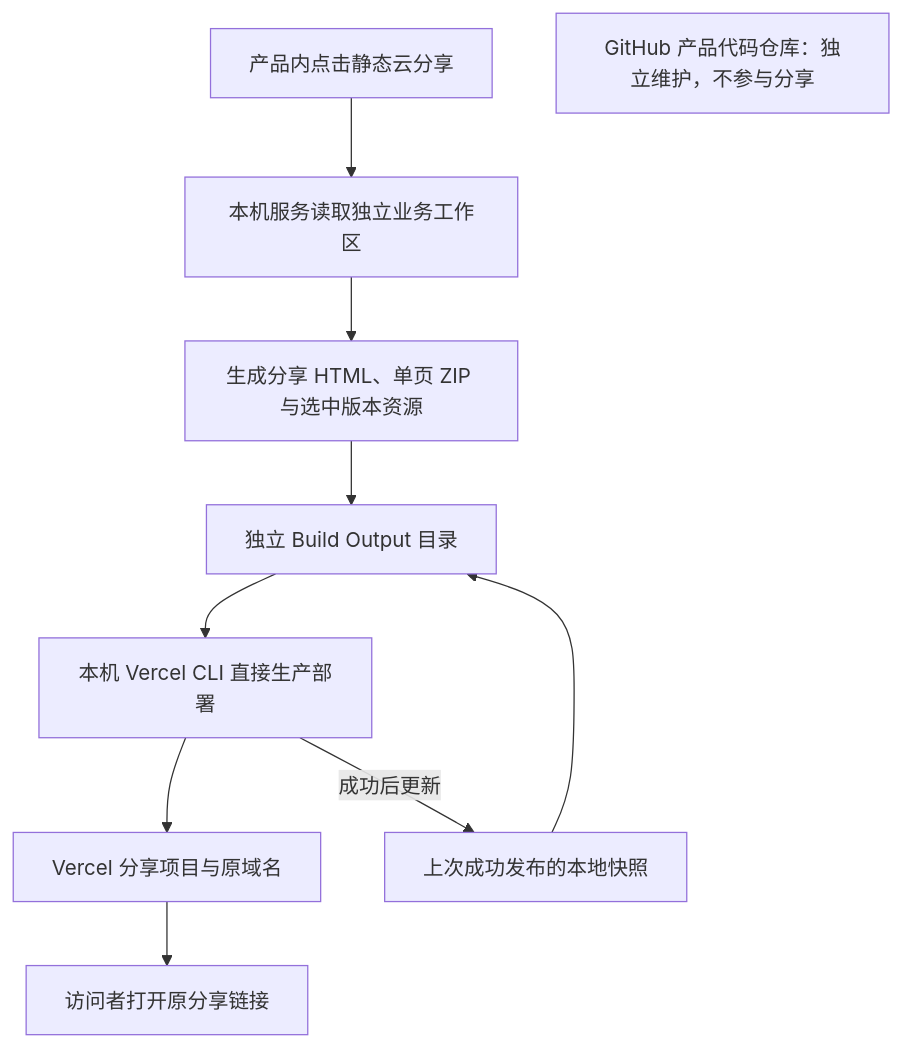
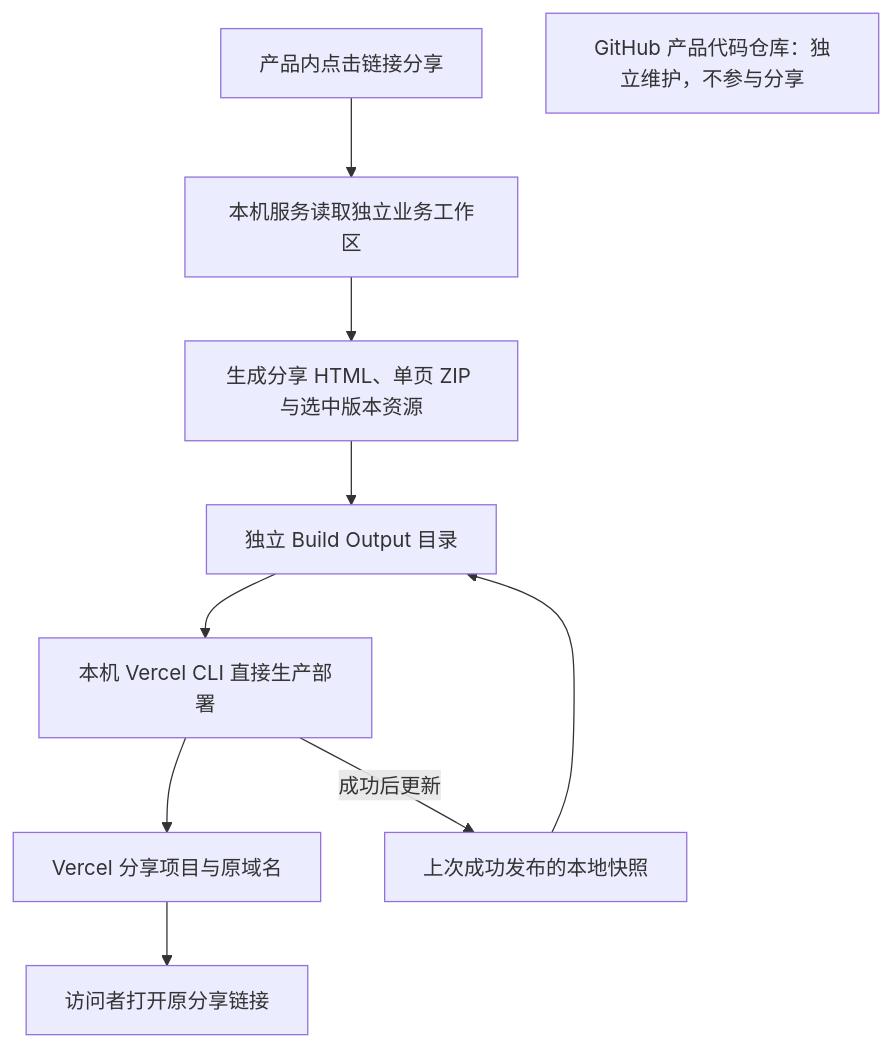
Before and after one commit to lefinite/Prota: the diagram in docs/sharing-flow.mmd, drawn with Mermaid. The commit also changed 70 other files, not shown here.

```diff
--- a/docs/sharing-flow.mmd
+++ b/docs/sharing-flow.mmd
@@ -1,10 +1,10 @@
 flowchart TD
-  A["产品内点击静态云分享"] --> B["本机服务读取独立业务工作区"]
+  A["产品内点击链接分享"] --> B["本机服务读取独立业务工作区"]
   B --> C["生成分享 HTML、单页 ZIP 与选中版本资源"]
   D["上次成功发布的本地快照"] --> E["独立 Build Output 目录"]
   C --> E
   E --> F["本机 Vercel CLI 直接生产部署"]
   F --> G["Vercel 分享项目与原域名"]
   G --> H["访问者打开原分享链接"]
   F -->|"成功后更新"| D
   I["GitHub 产品代码仓库：独立维护，不参与分享"]
```
